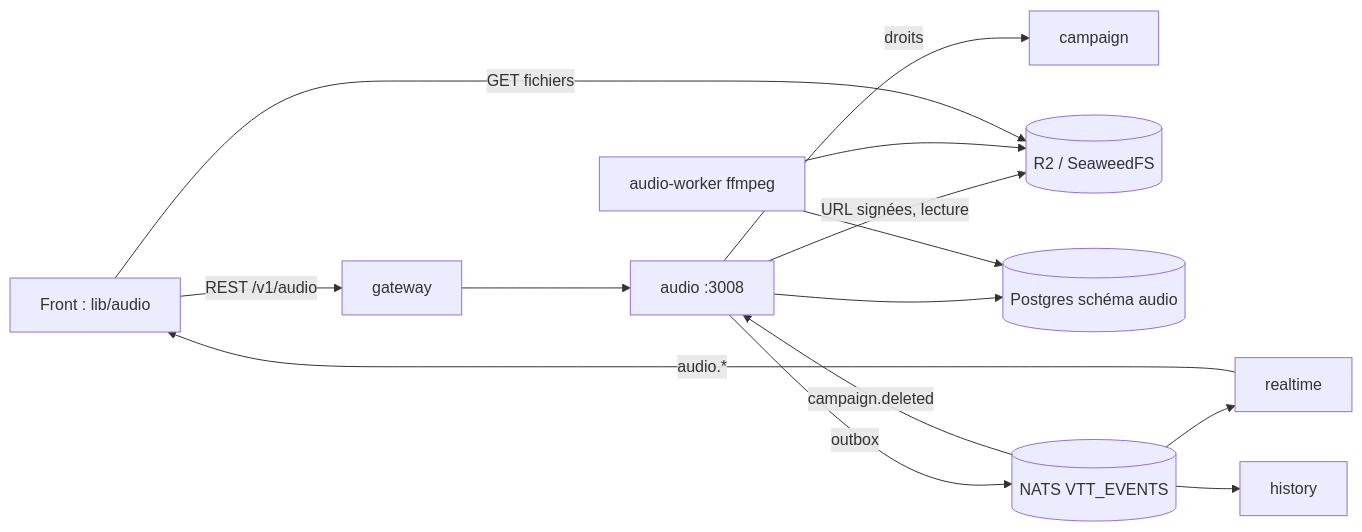
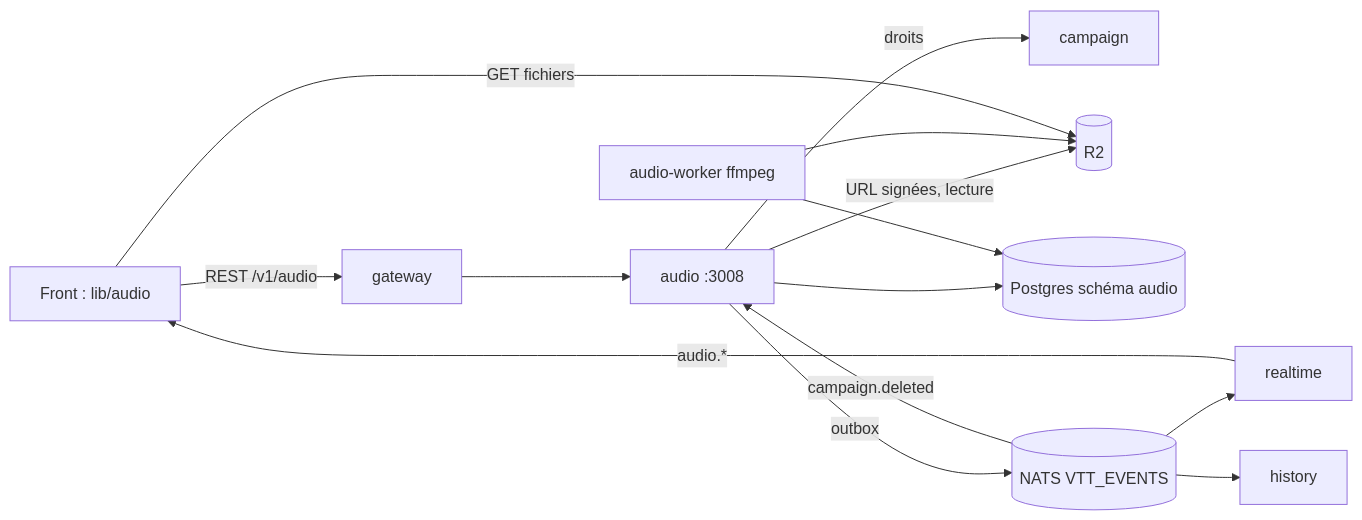
One commit to theo-mrn/VTT-DD changed the diagram in docs/audio.md. Above: the diagram before and after it, drawn with Mermaid. The commit also changed other lines of this file and 58 other files, not shown here.

````diff
--- a/docs/audio.md
+++ b/docs/audio.md
@@ -71,13 +71,13 @@
 ```mermaid
 flowchart LR
   FE[Front : lib/audio] -->|REST /v1/audio| GW[gateway] --> AU[audio :3008]
   AU -->|droits| CA[campaign]
-  AU -->|URL signées, lecture| S3[(R2 / SeaweedFS)]
+  AU -->|URL signées, lecture| S3[(R2)]
   AU --> PG[(Postgres schéma audio)]
   WK[audio-worker ffmpeg] --> PG
   WK --> S3
   AU -->|outbox| BUS[(NATS VTT_EVENTS)] --> RT[realtime] -->|audio.*| FE
   BUS --> HI[history]
   BUS -->|campaign.deleted| AU
   FE -->|GET fichiers| S3
 ```
````
